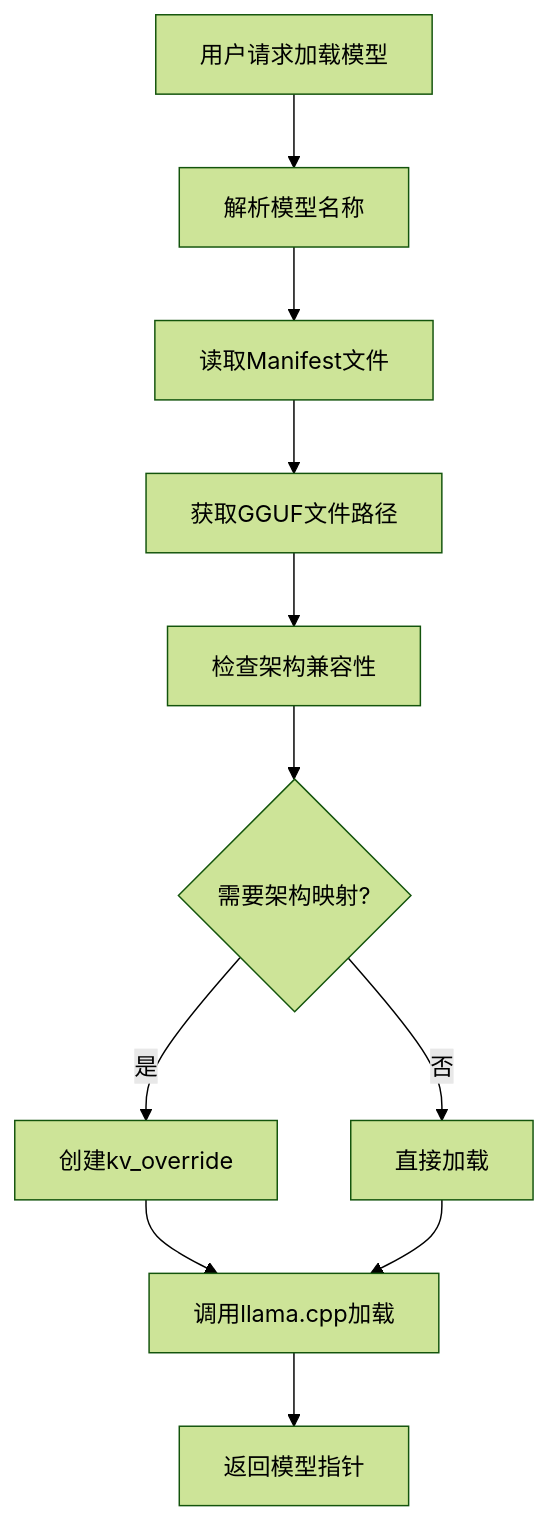
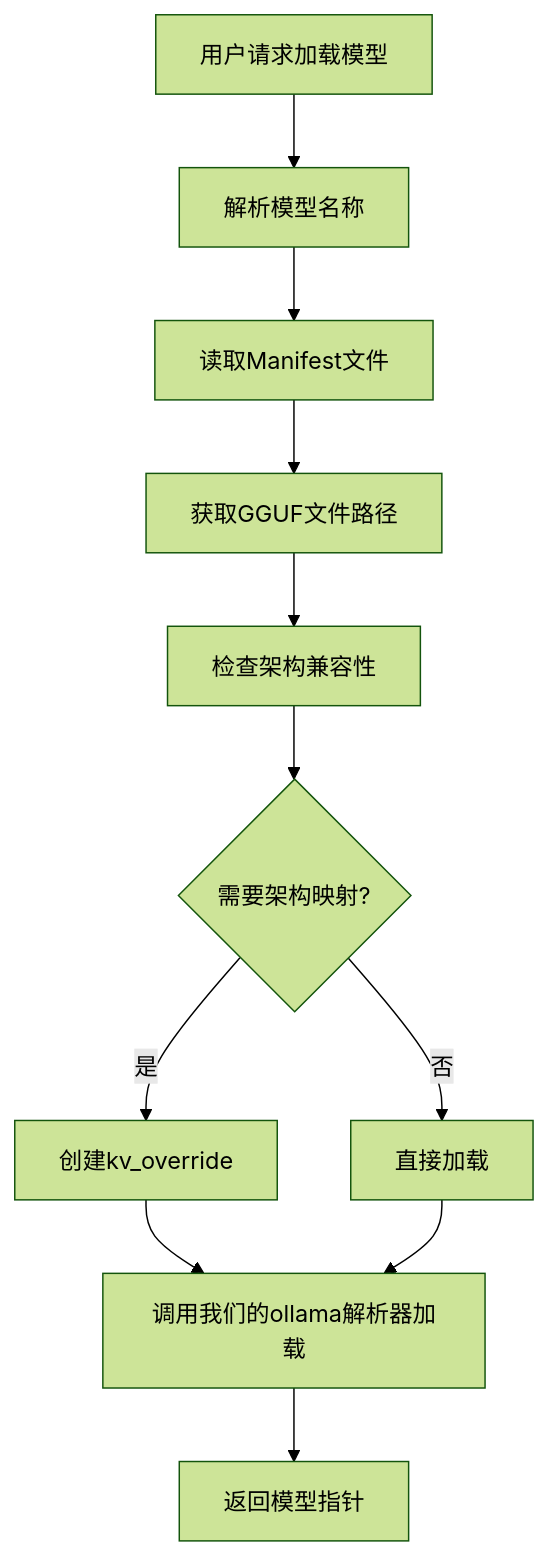
Before and after one commit to acproject/duorou: the first of 2 diagrams in docs/ollama_architecture_analysis.md, drawn with Mermaid (forest theme). The commit also changed other lines of this file and 8 other files, not shown here.

````diff
--- a/docs/ollama_architecture_analysis.md
+++ b/docs/ollama_architecture_analysis.md
@@ -123,13 +46,13 @@
 ```mermaid
 flowchart TD
     A[用户请求加载模型] --> B[解析模型名称]
     B --> C[读取Manifest文件]
     C --> D[获取GGUF文件路径]
     D --> E[检查架构兼容性]
     E --> F{需要架构映射?}
     F -->|是| G[创建kv_override]
     F -->|否| H[直接加载]
-    G --> I[调用llama.cpp加载]
+    G --> I[调用我们的ollama解析器加载]
     H --> I
     I --> J[返回模型指针]
 ```
````
